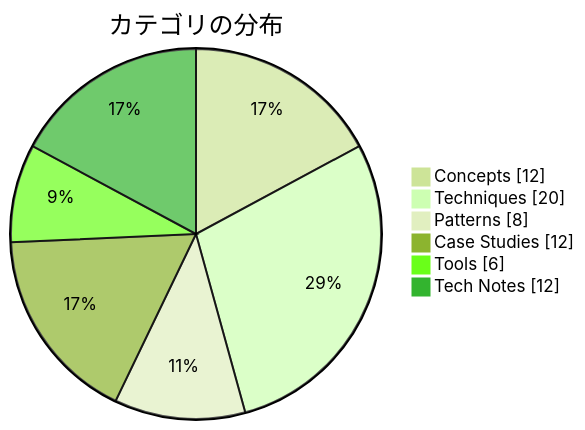
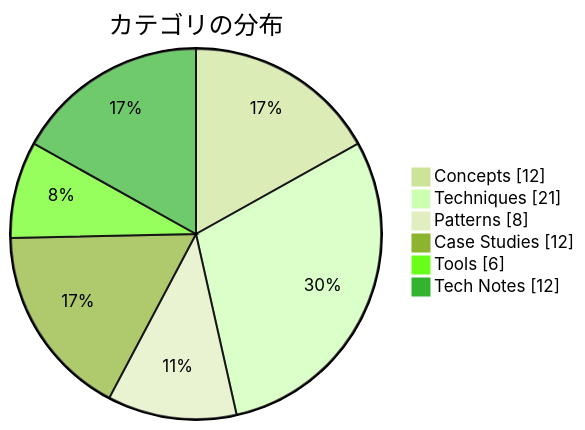
The second of 2 diagrams in docs/index.md (dinekt/dinekt-wiki), drawn with Mermaid (forest theme) before and after one commit. The commit also changed other lines of this file and 4 other files, not shown here.

````diff
--- a/docs/index.md
+++ b/docs/index.md
@@ -37,9 +37,9 @@
 ```mermaid
 pie showData title カテゴリの分布
     "Concepts" : 12
-    "Techniques" : 20
+    "Techniques" : 21
     "Patterns" : 8
     "Case Studies" : 12
     "Tools" : 6
     "Tech Notes" : 12
 ```
````
